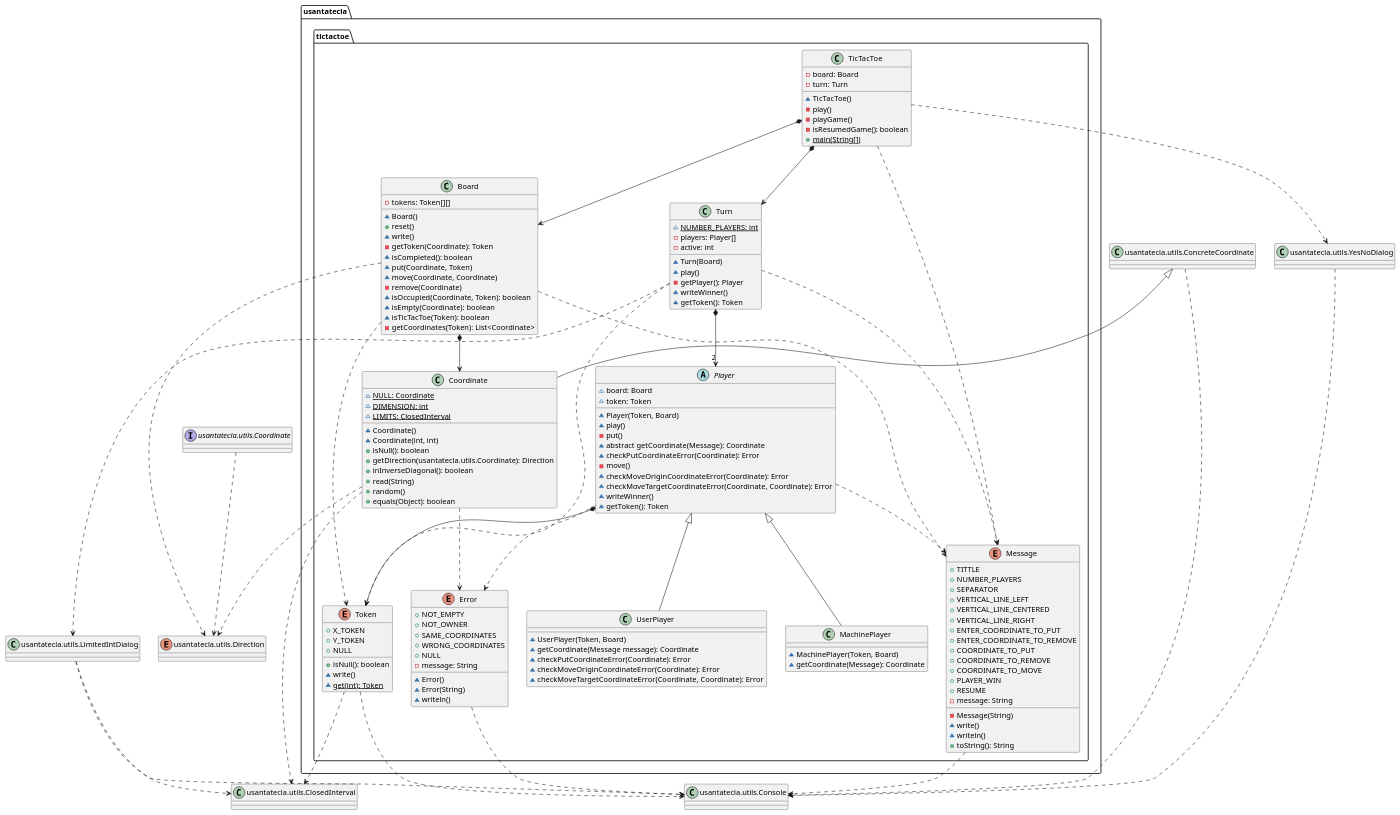
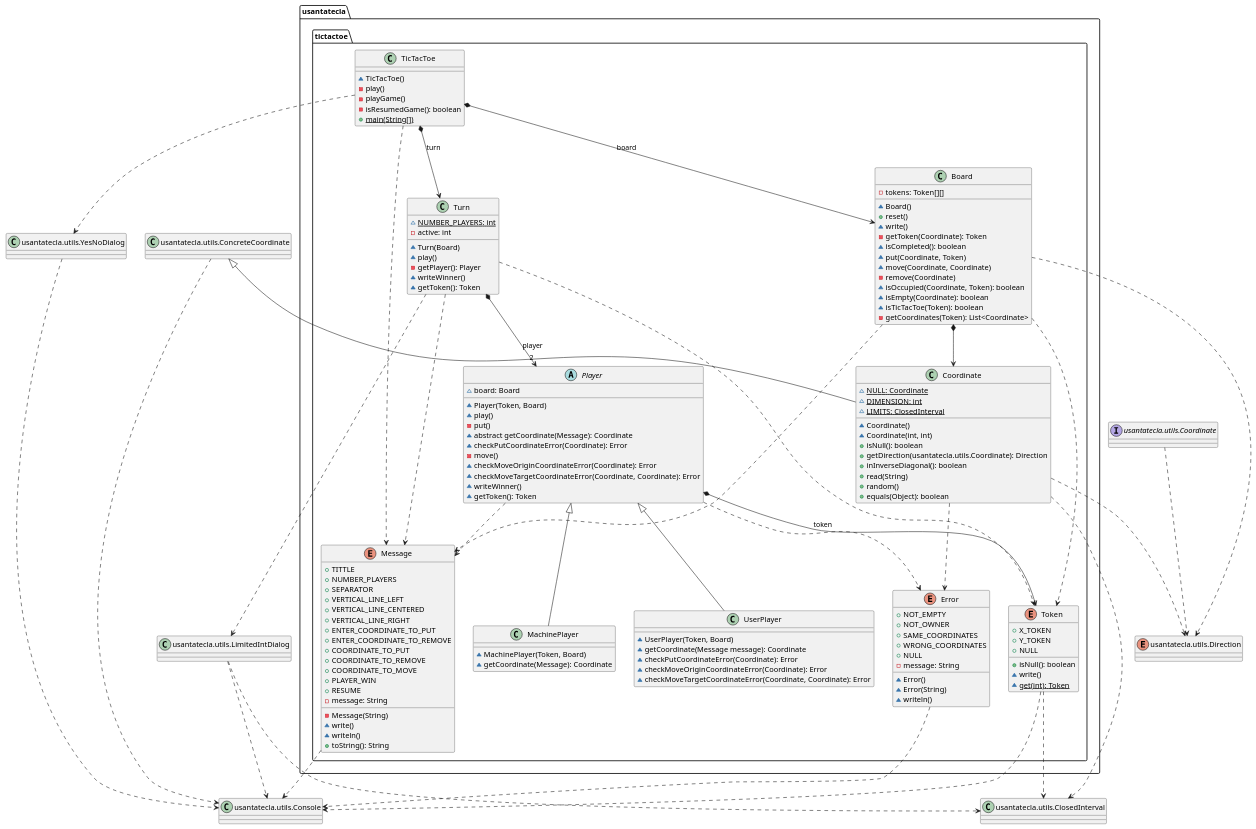
One commit to Jolucaa/USantaTecla-project-ticTacToe changed the first of 2 diagrams in domainModel/docs/diagrams/src/paquetes.plantuml. Above: the diagram before and after it, drawn with PlantUML. The commit also changed 4 other files, not shown here.

Commit message:
Diagrams of domainModel finished

```diff
--- a/domainModel/docs/diagrams/src/paquetes.plantuml
+++ b/domainModel/docs/diagrams/src/paquetes.plantuml
@@ -1,193 +1,189 @@
 @startuml tictactoe
 namespace usantatecla.tictactoe {
 class Board {
 	- tokens: Token[][] 
 	~ Board()
 	+ reset() 
 	~ write() 
 	- getToken(Coordinate): Token 
 	~ isCompleted(): boolean 
 	~ put(Coordinate, Token) 
 	~ move(Coordinate, Coordinate) 
 	- remove(Coordinate) 
 	~ isOccupied(Coordinate, Token): boolean 
 	~ isEmpty(Coordinate): boolean
 	~ isTicTacToe(Token): boolean
 	- getCoordinates(Token): List<Coordinate> 
 }
 
 class Coordinate {
 	~ NULL: {static} Coordinate
 	~ DIMENSION: {static} int 
 	~ LIMITS: {static} ClosedInterval 
 	~ Coordinate()
 	~ Coordinate(int, int)
 	+ isNull(): boolean 
 	+ getDirection(usantatecla.utils.Coordinate): Direction 
 	+ inInverseDiagonal(): boolean 
 	+ read(String)
 	+ random() 
 	+ equals(Object): boolean 
 }
 
 enum Error {
 
 	+ NOT_EMPTY
 	+ NOT_OWNER
 	+ SAME_COORDINATES
 	+ WRONG_COORDINATES
 	+ NULL
 	- message: String 
 	~ Error()
 	~ Error(String)
 	~ writeln()
 }
 
 class MachinePlayer {
 	~ MachinePlayer(Token, Board)
 	~ getCoordinate(Message): Coordinate 
 }
 
 enum Message {
 	+ TITTLE
 	+ NUMBER_PLAYERS
 	+ SEPARATOR
 	+ VERTICAL_LINE_LEFT
 	+ VERTICAL_LINE_CENTERED
 	+ VERTICAL_LINE_RIGHT
 	+ ENTER_COORDINATE_TO_PUT
 	+ ENTER_COORDINATE_TO_REMOVE
 	+ COORDINATE_TO_PUT
 	+ COORDINATE_TO_REMOVE
 	+ COORDINATE_TO_MOVE
 	+ PLAYER_WIN
 	+ RESUME
 	- message: String 
 	- Message(String)
 	~ write()
 	~ writeln()
 	+ toString(): String 
 }
 
 
 abstract class Player {
 	~ board: Board 
-	~ token: Token 
 	~ Player(Token, Board)
 	~ play()
 	- put()
 	~ abstract getCoordinate(Message): Coordinate 
 	~ checkPutCoordinateError(Coordinate): Error 
 	- move()
 	~ checkMoveOriginCoordinateError(Coordinate): Error 
 	~ checkMoveTargetCoordinateError(Coordinate, Coordinate): Error 
 	~ writeWinner()
 	~ getToken(): Token 
 }
 
 class TicTacToe{
-    - board: Board 
-	- turn: Turn 
     ~ TicTacToe()
 	- play()
     - playGame()
 	- isResumedGame(): boolean
 	+ {static} main(String[])
 }
 
 enum Token {
 	+ X_TOKEN
 	+ Y_TOKEN
 	+ NULL
     + isNull(): boolean 
     ~ write()
     ~ {static} get(int): Token 
 }
 
 class Turn {
 	~ NUMBER_PLAYERS: {static} int 
-	- players: Player[] 
 	- active: int 
 	~ Turn(Board)
 	~ play()
 	- getPlayer(): Player 
 	~ writeWinner()
 	~ getToken(): Token  
 }
 
 class UserPlayer extends Player {
 	~ UserPlayer(Token, Board)
 	~ getCoordinate(Message message): Coordinate
 	~ checkPutCoordinateError(Coordinate): Error 
 	~ checkMoveOriginCoordinateError(Coordinate): Error
 	~ checkMoveTargetCoordinateError(Coordinate, Coordinate): Error
 }
 
-TicTacToe *-down-> Board
-TicTacToe *-down-> Turn
+TicTacToe *-down-> Board : board
+TicTacToe *-down-> Turn : turn
 
 Board .down.> Token
 Turn .down.> Token
-Player *-down-> Token
-Turn *-down-> "2" Player
-Board *-down-> Coordinate
+Player *-down-> Token : token
+Turn *-down-> "2" Player : player
+Board *-down-> Coordinate 
 Player <|-down- MachinePlayer
 Coordinate .down.> Error
 Player .down.> Error
 Board .down.> Message
 Player .down.> Message
 TicTacToe .down.> Message
 Turn .down.> Message
 
 }
 
 class ConcreteCoordinate as "usantatecla.utils.ConcreteCoordinate"{
 
 }
 
 class ClosedInterval as "usantatecla.utils.ClosedInterval"{
 	
 }
 
 class Console as "usantatecla.utils.Console"{
 	
 }
 
 class LimitedIntDialog as "usantatecla.utils.LimitedIntDialog"{
 	
 }
 
 class YesNoDialog as "usantatecla.utils.YesNoDialog"{
 	
 }
 
 enum Direction as "usantatecla.utils.Direction"{
 	
 }
 
 interface Coordinate as "usantatecla.utils.Coordinate"{
 	
 }
 
 ConcreteCoordinate <|-down- usantatecla.tictactoe.Coordinate
 
 usantatecla.tictactoe.Coordinate .down.> ClosedInterval
 usantatecla.tictactoe.Token .down.> ClosedInterval
 LimitedIntDialog .down.> ClosedInterval
 
 
 usantatecla.tictactoe.Error .down.> Console
 usantatecla.tictactoe.Message .down.> Console
 usantatecla.tictactoe.Token .down.> Console
 ConcreteCoordinate .down.> Console
 LimitedIntDialog .down.> Console
 YesNoDialog .down.> Console
 
 
 usantatecla.tictactoe.Turn .down.> LimitedIntDialog
 usantatecla.tictactoe.TicTacToe .down.> YesNoDialog
 
 usantatecla.tictactoe.Board .down.> Direction
 usantatecla.tictactoe.Coordinate .down.> Direction
 Coordinate .down.> Direction
 @enduml
```
